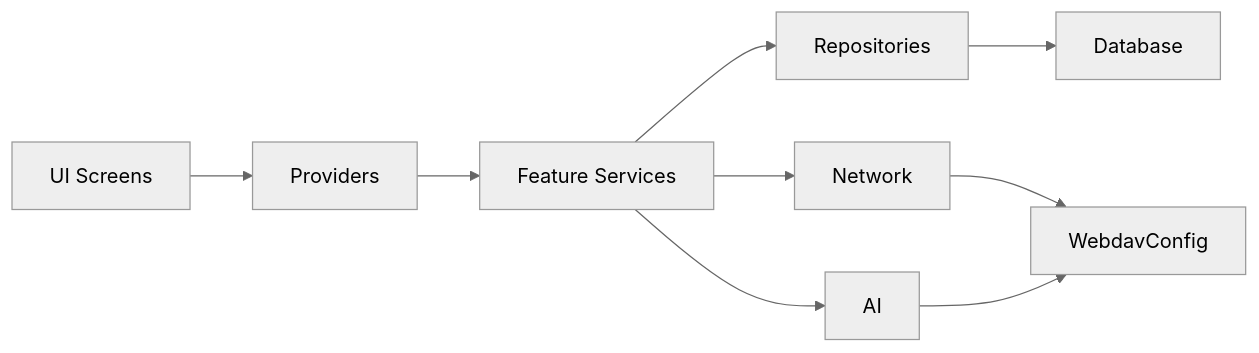
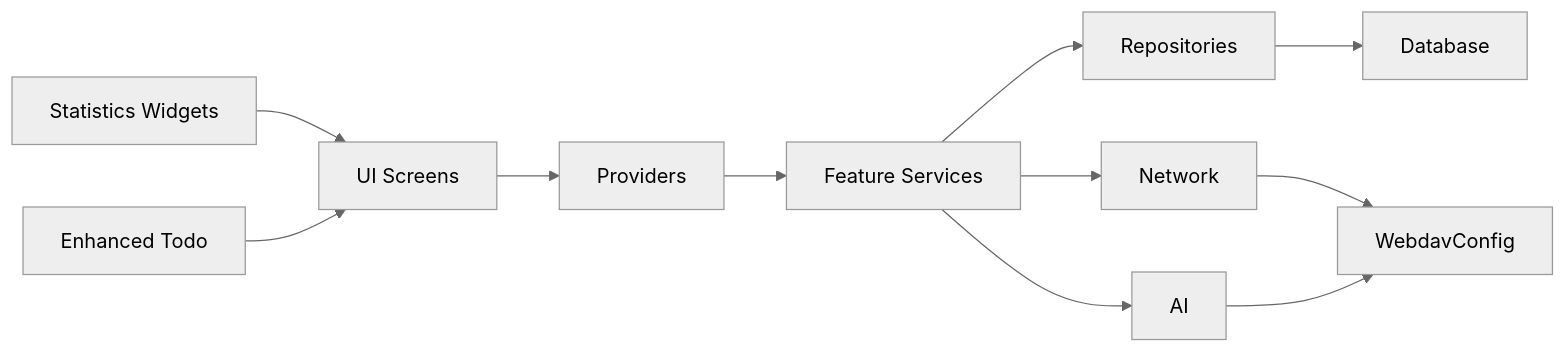
The tenth of 10 diagrams in .qoder/repowiki/en/content/Core Features/Core Features.md (favoroo/QNote), drawn with Mermaid (neutral theme) before and after one commit. The commit also changed other lines of this file and 114 other files, not shown here.

````diff
--- a/.qoder/repowiki/en/content/Core Features/Core Features.md
+++ b/.qoder/repowiki/en/content/Core Features/Core Features.md
@@ -406,11 +486,13 @@
 ```mermaid
 graph LR
 UI["UI Screens"] --> RP["Providers"]
 RP --> SRV["Feature Services"]
 SRV --> REPO["Repositories"]
 SRV --> NET["Network"]
 SRV --> AI["AI"]
 NET --> CFG["WebdavConfig"]
 AI --> CFG
 REPO --> DB["Database"]
+STATS["Statistics Widgets"] --> UI
+TODO["Enhanced Todo"] --> UI
 ```
````
